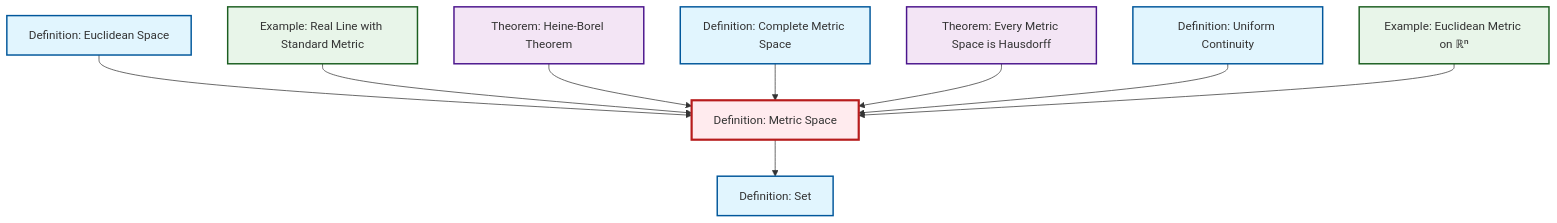
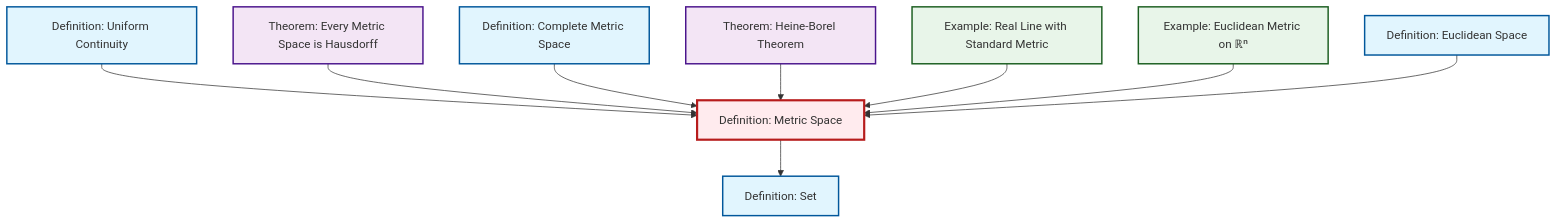
The diagram in content/ja/analysis/def-metric-space.qmd (RK0429/ModernMath), drawn with Mermaid before and after one commit. The commit also changed other lines of this file and 615 other files, not shown here.

````diff
--- a/content/ja/analysis/def-metric-space.qmd
+++ b/content/ja/analysis/def-metric-space.qmd
@@ -51,35 +51,35 @@
 ```{mermaid}
 %%| fig-cap: "Local dependency graph"
 graph TD
     classDef definition fill:#e1f5fe,stroke:#01579b,stroke-width:2px
     classDef theorem fill:#f3e5f5,stroke:#4a148c,stroke-width:2px
     classDef axiom fill:#fff3e0,stroke:#e65100,stroke-width:2px
     classDef example fill:#e8f5e9,stroke:#1b5e20,stroke-width:2px
     classDef current fill:#ffebee,stroke:#b71c1c,stroke-width:3px
+    def-metric-space["Definition: Metric Space"]:::definition
+    def-set["Definition: Set"]:::definition
+    ex-real-line-metric["Example: Real Line with Standard Metric"]:::example
+    ex-euclidean-metric["Example: Euclidean Metric on ℝⁿ"]:::example
+    def-complete-metric-space["Definition: Complete Metric Space"]:::definition
+    def-euclidean-space["Definition: Euclidean Space"]:::definition
+    thm-heine-borel["Theorem: Heine-Borel Theorem"]:::theorem
     thm-metric-hausdorff["Theorem: Every Metric Space is Hausdorff"]:::theorem
     def-uniform-continuity["Definition: Uniform Continuity"]:::definition
-    def-complete-metric-space["Definition: Complete Metric Space"]:::definition
-    def-set["Definition: Set"]:::definition
-    thm-heine-borel["Theorem: Heine-Borel Theorem"]:::theorem
-    def-metric-space["Definition: Metric Space"]:::definition
-    def-euclidean-space["Definition: Euclidean Space"]:::definition
-    ex-real-line-metric["Example: Real Line with Standard Metric"]:::example
-    ex-euclidean-metric["Example: Euclidean Metric on ℝⁿ"]:::example
+    def-uniform-continuity --> def-metric-space
+    thm-metric-hausdorff --> def-metric-space
+    def-complete-metric-space --> def-metric-space
+    thm-heine-borel --> def-metric-space
+    ex-real-line-metric --> def-metric-space
     def-metric-space --> def-set
+    ex-euclidean-metric --> def-metric-space
     def-euclidean-space --> def-metric-space
-    ex-real-line-metric --> def-metric-space
-    thm-heine-borel --> def-metric-space
-    def-complete-metric-space --> def-metric-space
-    thm-metric-hausdorff --> def-metric-space
-    def-uniform-continuity --> def-metric-space
-    ex-euclidean-metric --> def-metric-space
     class def-metric-space current
+    click def-set "def-set.html" "Definition: Setへ"
+    click ex-real-line-metric "ex-real-line-metric.html" "Example: Real Line with Standard Metricへ"
+    click ex-euclidean-metric "ex-euclidean-metric.html" "Example: Euclidean Metric on ℝⁿへ"
+    click def-complete-metric-space "def-complete-metric-space.html" "Definition: Complete Metric Spaceへ"
+    click def-euclidean-space "def-euclidean-space.html" "Definition: Euclidean Spaceへ"
+    click thm-heine-borel "thm-heine-borel.html" "Theorem: Heine-Borel Theoremへ"
     click thm-metric-hausdorff "thm-metric-hausdorff.html" "Theorem: Every Metric Space is Hausdorffへ"
     click def-uniform-continuity "def-uniform-continuity.html" "Definition: Uniform Continuityへ"
-    click def-complete-metric-space "def-complete-metric-space.html" "Definition: Complete Metric Spaceへ"
-    click def-set "def-set.html" "Definition: Setへ"
-    click thm-heine-borel "thm-heine-borel.html" "Theorem: Heine-Borel Theoremへ"
-    click def-euclidean-space "def-euclidean-space.html" "Definition: Euclidean Spaceへ"
-    click ex-real-line-metric "ex-real-line-metric.html" "Example: Real Line with Standard Metricへ"
-    click ex-euclidean-metric "ex-euclidean-metric.html" "Example: Euclidean Metric on ℝⁿへ"
 ```
````
